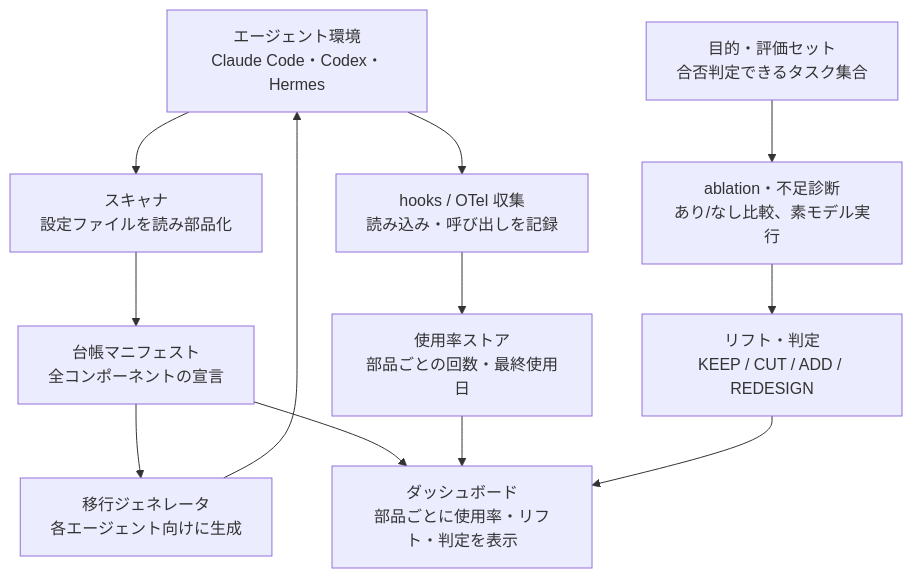
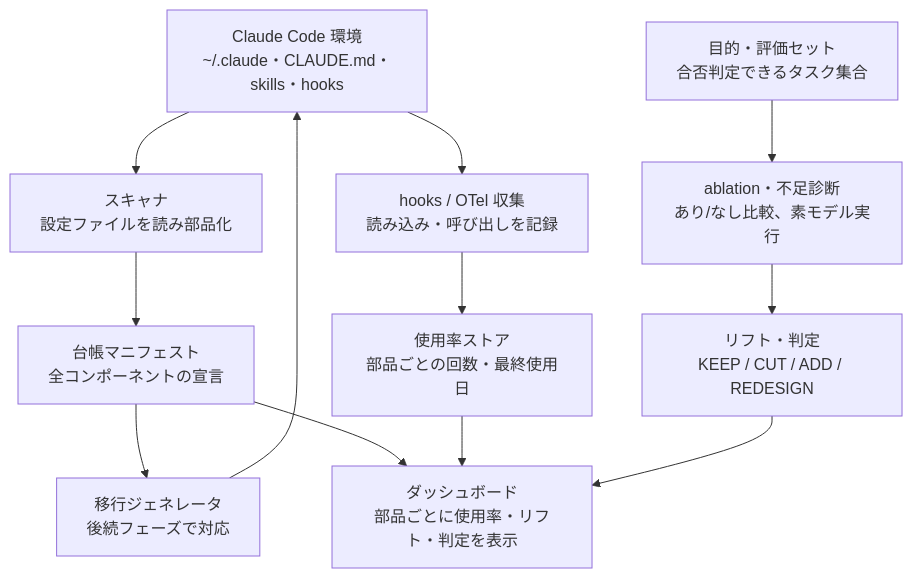
One commit to s-hiraoku/refit changed the diagram in docs/spec.md. Above: the diagram before and after it, drawn with Mermaid. The commit also changed other lines of this file and 1 other file, not shown here.

First line of the commit message:
Narrow initial scope to Claude Code harnesses

````diff
--- a/docs/spec.md
+++ b/docs/spec.md
@@ -71,21 +72,21 @@
 ```mermaid
 flowchart TD
-    ENV["エージェント環境<br/>Claude Code・Codex・Hermes"]
+    ENV["Claude Code 環境<br/>~/.claude・CLAUDE.md・skills・hooks"]
     EVAL["目的・評価セット<br/>合否判定できるタスク集合"]
     SCAN["スキャナ<br/>設定ファイルを読み部品化"]
     TEL["hooks / OTel 収集<br/>読み込み・呼び出しを記録"]
     ABL["ablation・不足診断<br/>あり/なし比較、素モデル実行"]
     LEDGER["台帳マニフェスト<br/>全コンポーネントの宣言"]
     USAGE["使用率ストア<br/>部品ごとの回数・最終使用日"]
     VERDICT["リフト・判定<br/>KEEP / CUT / ADD / REDESIGN"]
-    MIG["移行ジェネレータ<br/>各エージェント向けに生成"]
+    MIG["移行ジェネレータ<br/>後続フェーズで対応"]
     DASH["ダッシュボード<br/>部品ごとに使用率・リフト・判定を表示"]
 
     ENV --> SCAN --> LEDGER
     ENV --> TEL --> USAGE
     EVAL --> ABL --> VERDICT
     LEDGER --> MIG --> ENV
     LEDGER --> DASH
     USAGE --> DASH
     VERDICT --> DASH
 ```
````
